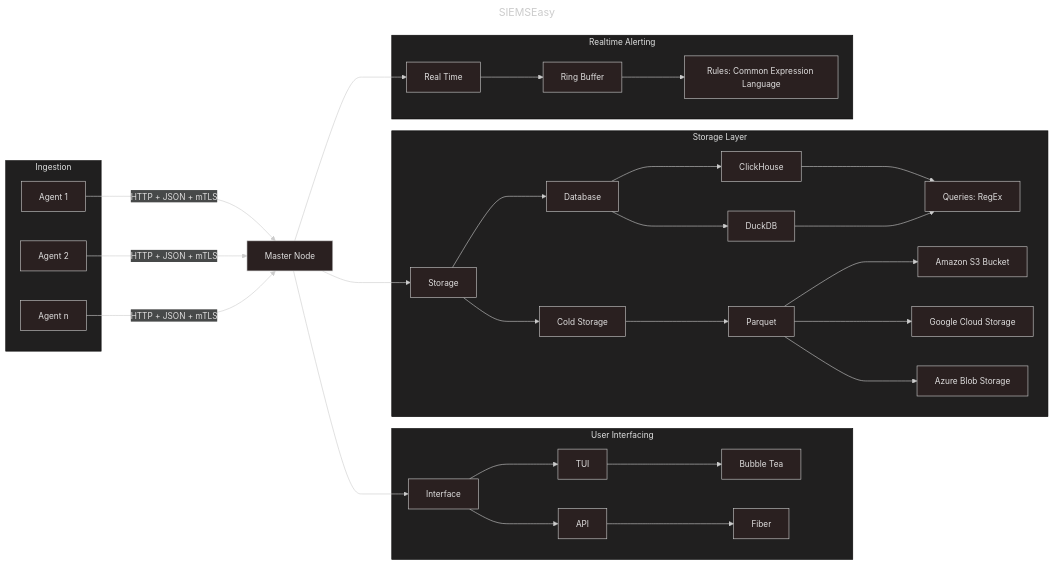
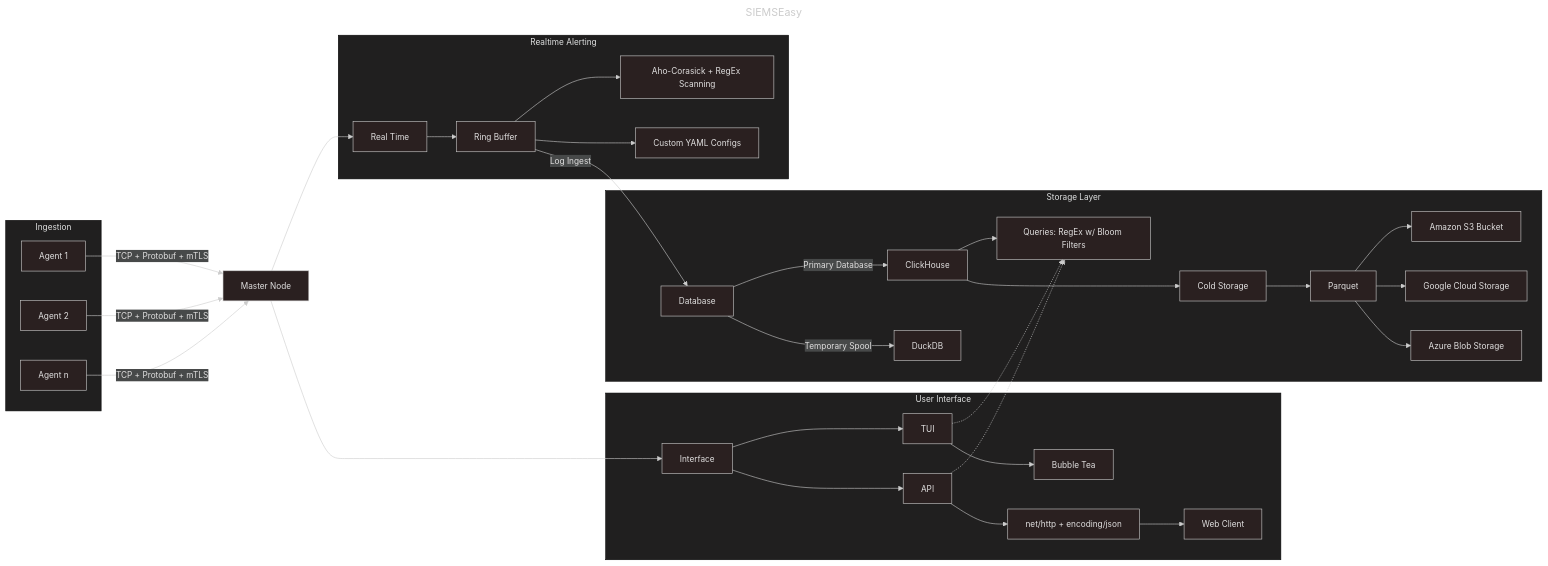
The diagram in docs/charts/architecture.mmd (Healthboost213/SIEMSeasy), drawn with Mermaid before and after one commit. The commit also changed 1 other file, not shown here.

```diff
--- a/docs/charts/architecture.mmd
+++ b/docs/charts/architecture.mmd
@@ -1,49 +1,51 @@
 ---
 title: SIEMSEasy
 config:
   theme: neo-dark
 ---
 
 flowchart LR
     
     Master[Master Node]
 
     subgraph Ingestion
         agent_1[Agent 1]
         agent_2[Agent 2]
         agent_n[Agent n]
     end
 
-    agent_1[Agent 1] -- "HTTP + JSON + mTLS" ---> Master
-    agent_2[Agent 2] -- "HTTP + JSON + mTLS" ---> Master
-    agent_n[Agent n] -- "HTTP + JSON + mTLS" ---> Master
+    agent_1[Agent 1] -- "TCP + Protobuf + mTLS" --> Master
+    agent_2[Agent 2] -- "TCP + Protobuf + mTLS" --> Master
+    agent_n[Agent n] -- "TCP + Protobuf + mTLS" --> Master
 
-
-    Master ---> Storage[Storage]
-    Master ---> RealTime[Real Time]
-    Master ---> Interface[Interface]
+    Master --> RealTime[Real Time]
+    Master --> Interface[Interface]
     
-    subgraph InterfaceMechanism[User Interfacing]
-        Interface ---> TUI ---> BubbleTea[Bubble Tea]
-        Interface ---> API ---> Fiber
+    subgraph InterfaceMechanism[User Interface]
+        Interface --> TUI --> BubbleTea[Bubble Tea]
+        Interface --> API --> http[net/http + encoding/json] --> WebClient[Web Client]
     end
 
     subgraph Storage Layer
-        Storage ---> Hot[Database]
-        Storage ---> Cold[Cold Storage]
 
-        Hot ---> ClickHouse
-        Hot ---> DuckDB
-        ClickHouse & DuckDB ---> RegEx[Queries: RegEx]
+        Hot["Database"] -- Primary Database --> ClickHouse
+        Hot -- Temporary Spool --> DuckDB
+        ClickHouse --> RegEx[Queries: RegEx w/ Bloom Filters]
 
-        Cold ---> Parquet
-        Parquet ---> S3[Amazon S3 Bucket]
-        Parquet ---> GCS[Google Cloud Storage]
-        Parquet ---> AzureBlob[Azure Blob Storage]
+        ClickHouse ---> Cold[Cold Storage]
+        Cold --> Parquet
+        Parquet --> S3[Amazon S3 Bucket]
+        Parquet --> GCS[Google Cloud Storage]
+        Parquet --> AzureBlob[Azure Blob Storage]
 
     end
 
     subgraph Realtime[Realtime Alerting]
-        RealTime ---> RingBuffer[Ring Buffer]
-        RingBuffer ---> CEL[Rules: Common Expression Language]
+        RealTime --> RingBuffer[Ring Buffer]
+        RingBuffer --> Scan["Aho-Corasick + RegEx Scanning"]
+        RingBuffer --> Config["Custom YAML Configs"]
     end
+
+    RingBuffer -- Log Ingest --> Hot
+    TUI -.-> RegEx
+    API -.-> RegEx
```
